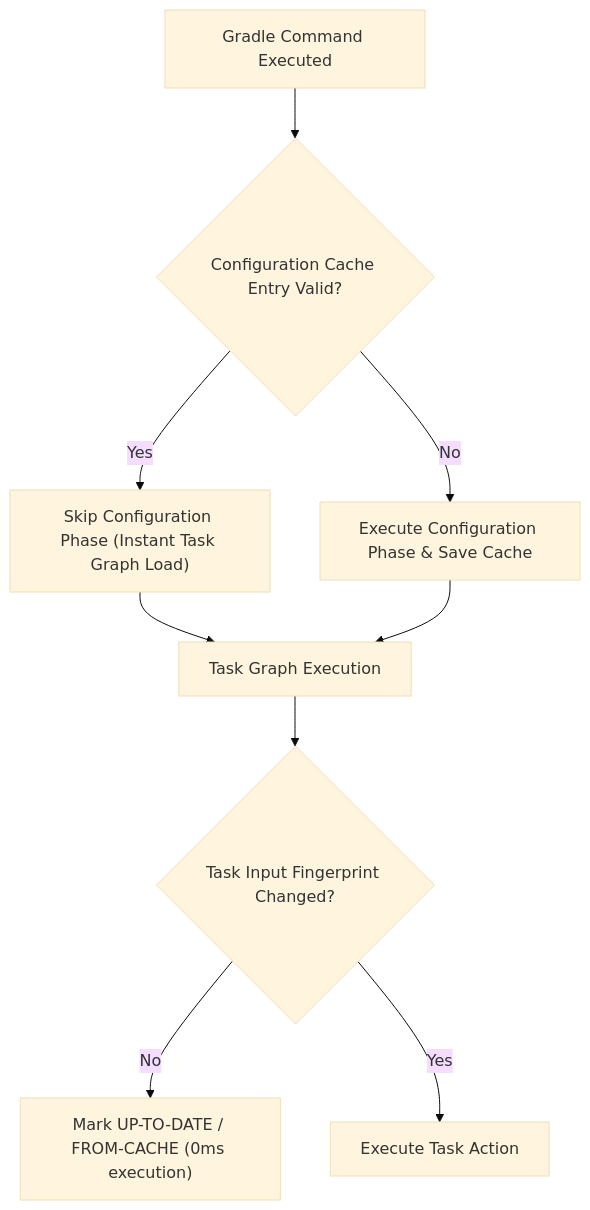
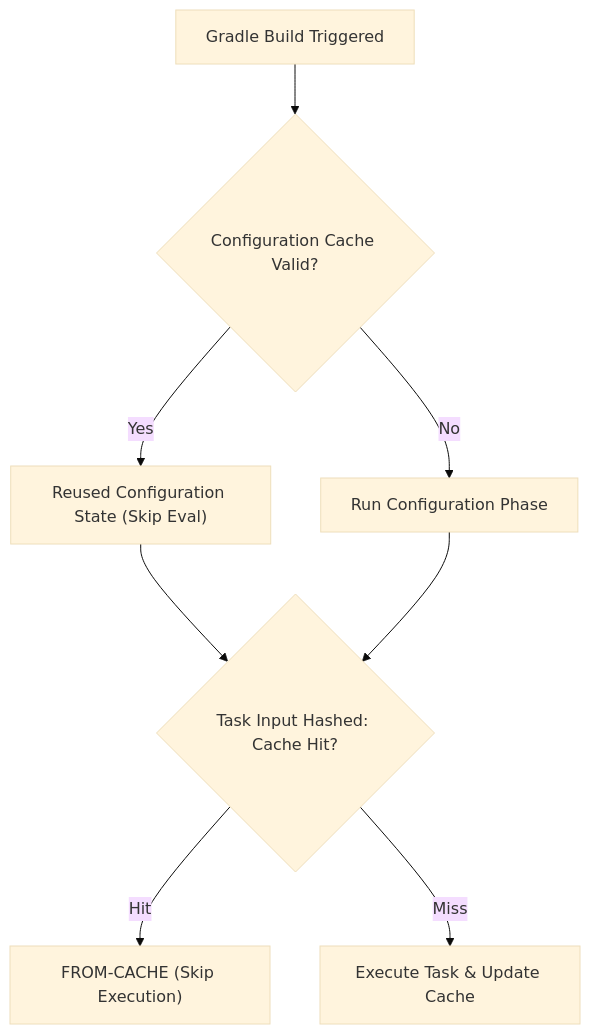
One commit to youngmin-gwon/what-i-studied changed the diagram in 01_inbox/mobile/android/03_packaging_deployment/optimization/build-optimization-contracts/incremental-build-cache-and-configuration-cache-reduce-build-work.md. Above: the diagram before and after it, drawn with Mermaid (base theme). The commit also changed other lines of this file and 134 other files, not shown here.

````diff
--- a/01_inbox/mobile/android/03_packaging_deployment/optimization/build-optimization-contracts/incremental-build-cache-and-configuration-cache-reduce-build-work.md
+++ b/01_inbox/mobile/android/03_packaging_deployment/optimization/build-optimization-contracts/incremental-build-cache-and-configuration-cache-reduce-build-work.md
@@ -19,13 +28,10 @@
 ```mermaid
 flowchart TD
-    BuildReq["Gradle Command Executed"] --> ConfCheck{"Configuration Cache Entry Valid?"}
-    ConfCheck -->|Yes| SkipConf["Skip Configuration Phase (Instant Task Graph Load)"]
-    ConfCheck -->|No| RunConf["Execute Configuration Phase & Save Cache"]
+    BuildReq["Gradle Build Triggered"] --> ConfigCheck{"Configuration Cache Valid?"}
+    ConfigCheck -->|Yes| SkipConfig["Reused Configuration State (Skip Eval)"]
+    ConfigCheck -->|No| RunConfig["Run Configuration Phase"]
     
-    SkipConf --> TaskExec["Task Graph Execution"]
-    RunConf --> TaskExec
-    
-    TaskExec --> TaskCheck{"Task Input Fingerprint Changed?"}
-    TaskCheck -->|No| UpToDate["Mark UP-TO-DATE / FROM-CACHE (0ms execution)"]
-    TaskCheck -->|Yes| ExecTask["Execute Task Action"]
+    SkipConfig & RunConfig --> TaskCheck{"Task Input Hashed: Cache Hit?"}
+    TaskCheck -->|Hit| FromCache["FROM-CACHE (Skip Execution)"]
+    TaskCheck -->|Miss| ExecTask["Execute Task & Update Cache"]
 ```
````
